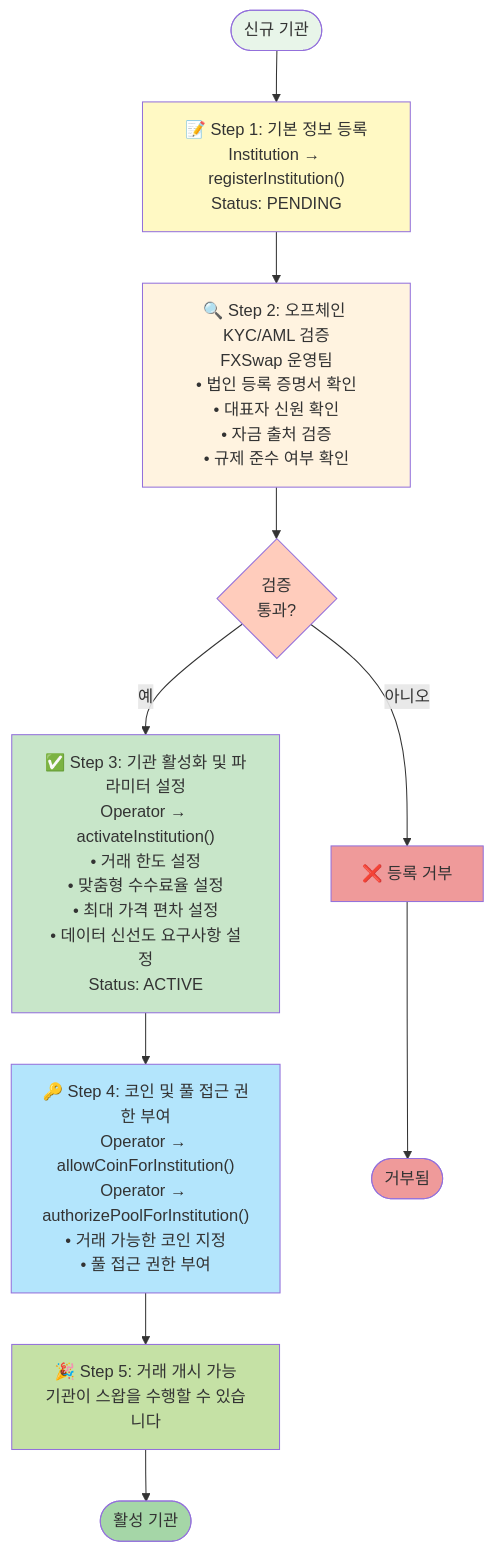
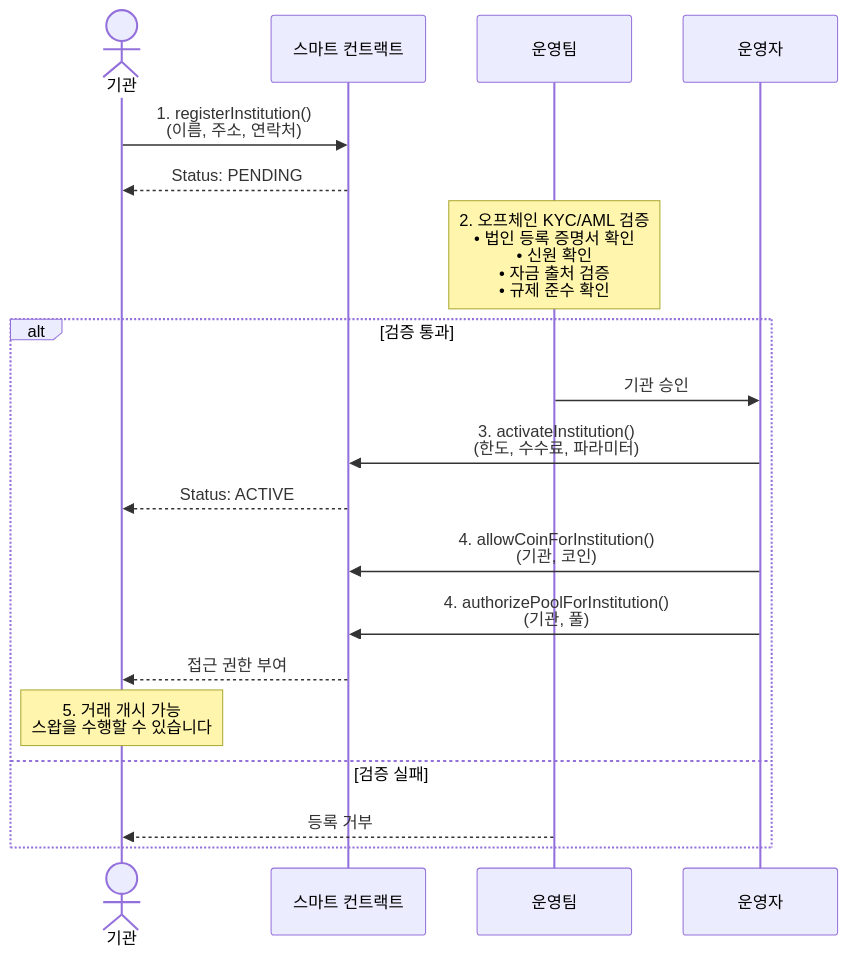
One commit to fbtopg/gurufin-docs changed the second of 2 diagrams in gurudex/05_smart_contract_logic_kr.md. Above: the diagram before and after it, drawn with Mermaid. The commit also changed other lines of this file and 18 other files, not shown here.

````diff
--- a/gurudex/05_smart_contract_logic_kr.md
+++ b/gurudex/05_smart_contract_logic_kr.md
@@ -84,39 +86,26 @@
 ```mermaid
-flowchart TD
-    Start([신규 기관]) --> Step1
+sequenceDiagram
+    actor Institution as 기관
+    participant Contract as 스마트 컨트랙트
+    participant Team as 운영팀
+    participant Operator as 운영자
     
-    Step1["📝 Step 1: 기본 정보 등록<br/>Institution → registerInstitution()<br/>Status: PENDING"]
+    Institution->>Contract: 1. registerInstitution()<br/>(이름, 주소, 연락처)
+    Contract-->>Institution: Status: PENDING
     
-    Step1 --> Step2
+    Note over Team: 2. 오프체인 KYC/AML 검증<br/>• 법인 등록 증명서 확인<br/>• 신원 확인<br/>• 자금 출처 검증<br/>• 규제 준수 확인
     
-    Step2["🔍 Step 2: 오프체인 KYC/AML 검증<br/>FXSwap 운영팀<br/>• 법인 등록 증명서 확인<br/>• 대표자 신원 확인<br/>• 자금 출처 검증<br/>• 규제 준수 여부 확인"]
-    
-    Step2 --> Decision{검증<br/>통과?}
-    
-    Decision -->|아니오| Rejected[❌ 등록 거부]
-    Decision -->|예| Step3
-    
-    Step3["✅ Step 3: 기관 활성화 및 파라미터 설정<br/>Operator → activateInstitution()<br/>• 거래 한도 설정<br/>• 맞춤형 수수료율 설정<br/>• 최대 가격 편차 설정<br/>• 데이터 신선도 요구사항 설정<br/>Status: ACTIVE"]
-    
-    Step3 --> Step4
-    
-    Step4["🔑 Step 4: 코인 및 풀 접근 권한 부여<br/>Operator → allowCoinForInstitution()<br/>Operator → authorizePoolForInstitution()<br/>• 거래 가능한 코인 지정<br/>• 풀 접근 권한 부여"]
-    
-    Step4 --> Step5
-    
-    Step5["🎉 Step 5: 거래 개시 가능<br/>기관이 스왑을 수행할 수 있습니다"]
-    
-    Step5 --> End([활성 기관])
-    Rejected --> End2([거부됨])
-    
-    style Start fill:#e8f5e9
-    style Step1 fill:#fff9c4
-    style Step2 fill:#fff3e0
-    style Decision fill:#ffccbc
-    style Step3 fill:#c8e6c9
-    style Step4 fill:#b3e5fc
-    style Step5 fill:#c5e1a5
-    style End fill:#a5d6a7
-    style Rejected fill:#ef9a9a
-    style End2 fill:#ef9a9a
+    alt 검증 통과
+        Team->>Operator: 기관 승인
+        Operator->>Contract: 3. activateInstitution()<br/>(한도, 수수료, 파라미터)
+        Contract-->>Institution: Status: ACTIVE
+        
+        Operator->>Contract: 4. allowCoinForInstitution()<br/>(기관, 코인)
+        Operator->>Contract: 4. authorizePoolForInstitution()<br/>(기관, 풀)
+        Contract-->>Institution: 접근 권한 부여
+        
+        Note over Institution: 5. 거래 개시 가능<br/>스왑을 수행할 수 있습니다
+    else 검증 실패
+        Team-->>Institution: 등록 거부
+    end
 ```
````
